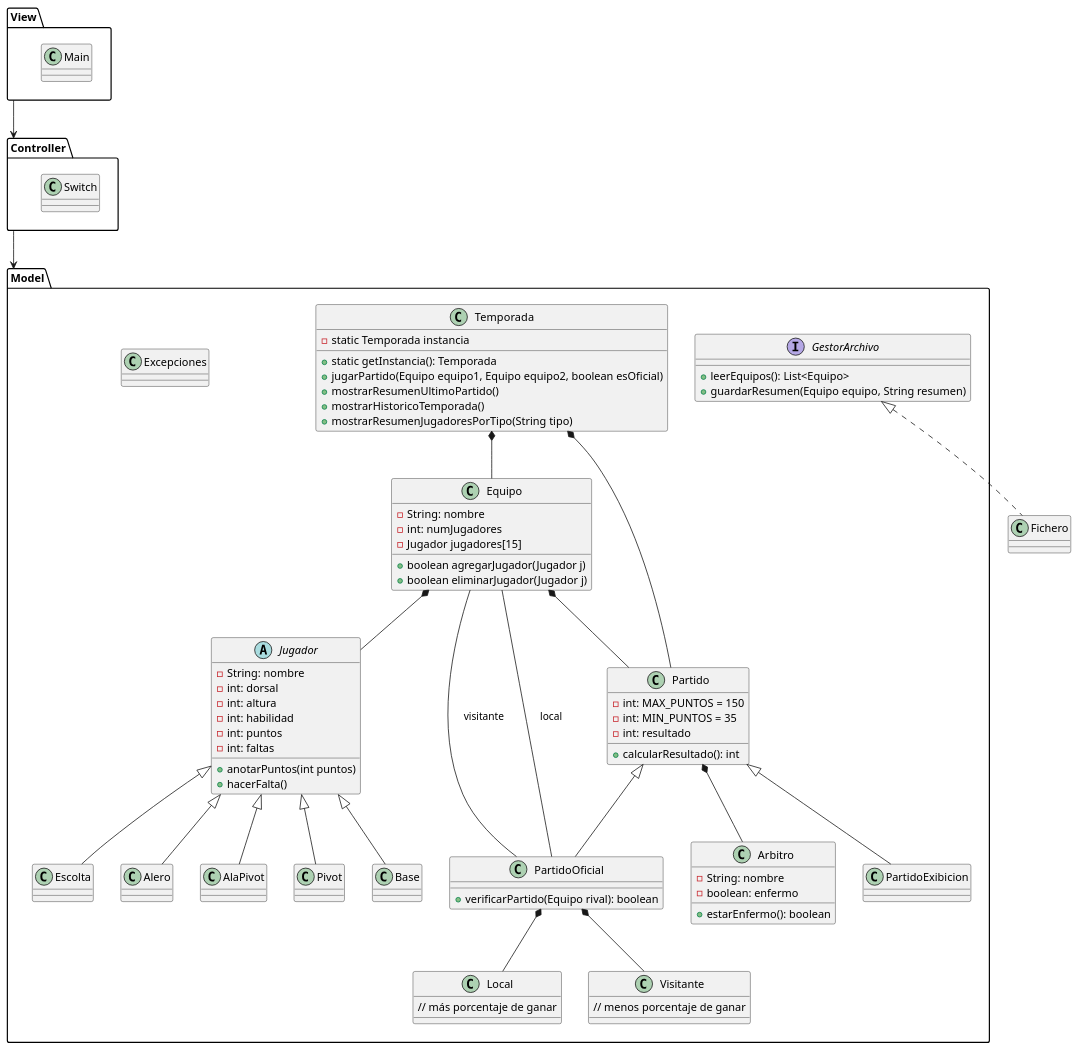
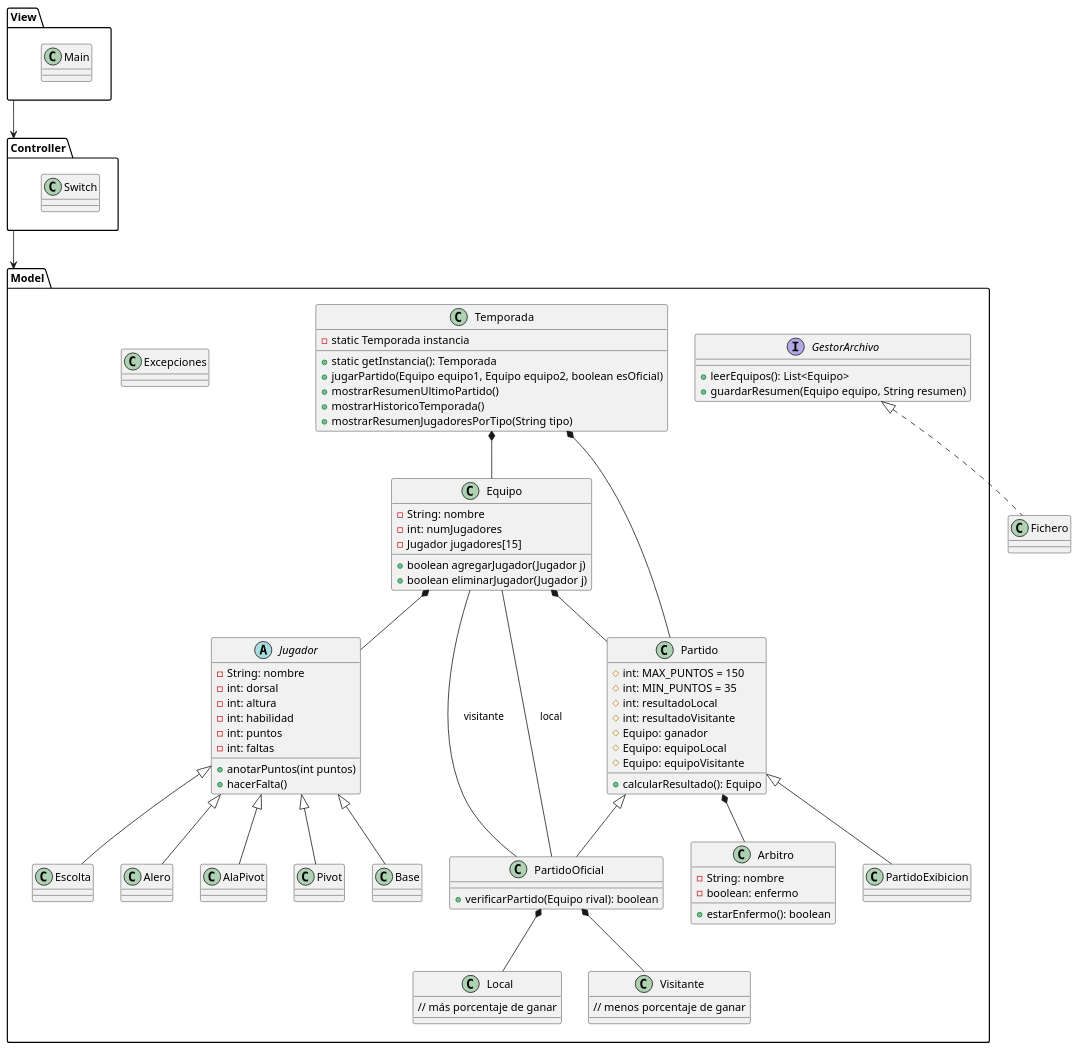
One commit to Jorgge22/Practica_3Evaluacion changed the diagram in practica/disenyo/disenyo.pu. Above: the diagram before and after it, drawn with PlantUML. The commit also changed 14 other files, not shown here.

```diff
--- a/practica/disenyo/disenyo.pu
+++ b/practica/disenyo/disenyo.pu
@@ -1,119 +1,123 @@
 @startuml basket
 top to bottom direction
 
 package Model{
     class Equipo {
         -String: nombre
         -int: numJugadores
         -Jugador jugadores[15]
         +boolean agregarJugador(Jugador j)
         +boolean eliminarJugador(Jugador j)
     }
 
     abstract class Jugador {
         -String: nombre
         -int: dorsal
         -int: altura
         -int: habilidad
         -int: puntos
         -int: faltas
         +anotarPuntos(int puntos)
         +hacerFalta()
     }
 
     class Base {
     }
 
     class Escolta {
     }
 
     class Alero {
     }
 
     class AlaPivot {
     }
 
     class Pivot {
     }
 
     class Partido {
-        -int: MAX_PUNTOS = 150
-        -int: MIN_PUNTOS = 35
-        -int: resultado
-        +calcularResultado(): int
+        #int: MAX_PUNTOS = 150
+        #int: MIN_PUNTOS = 35
+        #int: resultadoLocal
+        #int: resultadoVisitante
+        #Equipo: ganador
+        #Equipo: equipoLocal
+        #Equipo: equipoVisitante
+        +calcularResultado(): Equipo
     }
 
     class PartidoExibicion {
     }
 
     class PartidoOficial {
         +verificarPartido(Equipo rival): boolean
     }
 
     class Local {
         // más porcentaje de ganar
     }
 
     class Visitante {
         // menos porcentaje de ganar
     }
 
     class Arbitro {
         -String: nombre
         -boolean: enfermo
         +estarEnfermo(): boolean
     }
 
     interface GestorArchivo {
         +leerEquipos(): List<Equipo>
         +guardarResumen(Equipo equipo, String resumen)
     }
 
     class Temporada {
         -static Temporada instancia
         +static getInstancia(): Temporada
         +jugarPartido(Equipo equipo1, Equipo equipo2, boolean esOficial)
         +mostrarResumenUltimoPartido()
         +mostrarHistoricoTemporada()
         +mostrarResumenJugadoresPorTipo(String tipo)
     }
 
     class Excepciones{
     }
 }
 
 package View{
     class Main{}
 }
 
 package Controller{
     class Switch{}
 }
 
 Temporada *-- Partido
 Temporada *-- Equipo
 
 Equipo *-- Jugador
 Equipo *-- Partido
 
 Jugador <|-- Base
 Jugador <|-- Escolta
 Jugador <|-- Alero
 Jugador <|-- AlaPivot
 Jugador <|-- Pivot
 
 Partido *-- Arbitro
 Partido <|-- PartidoOficial
 Partido <|-- PartidoExibicion
 
 PartidoOficial *-- Local
 PartidoOficial *-- Visitante
 PartidoOficial -- Equipo : local
 PartidoOficial -- Equipo : visitante
 
 GestorArchivo <|.. Fichero
 
 View --> Controller
 Controller --> Model
 
 @enduml
```
